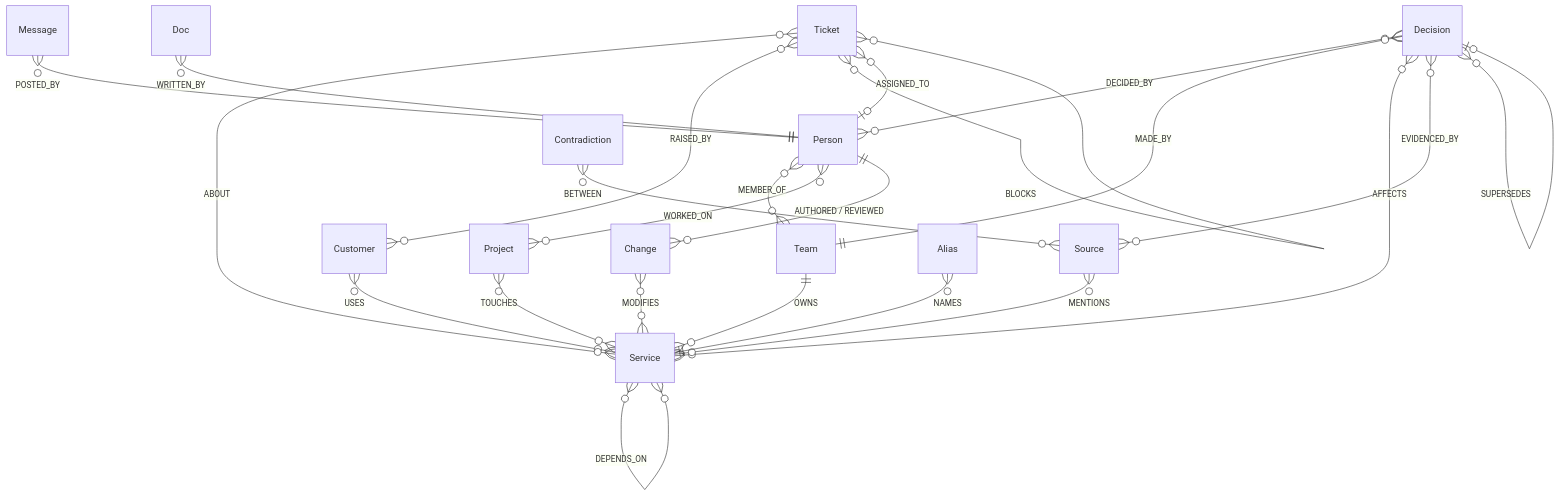
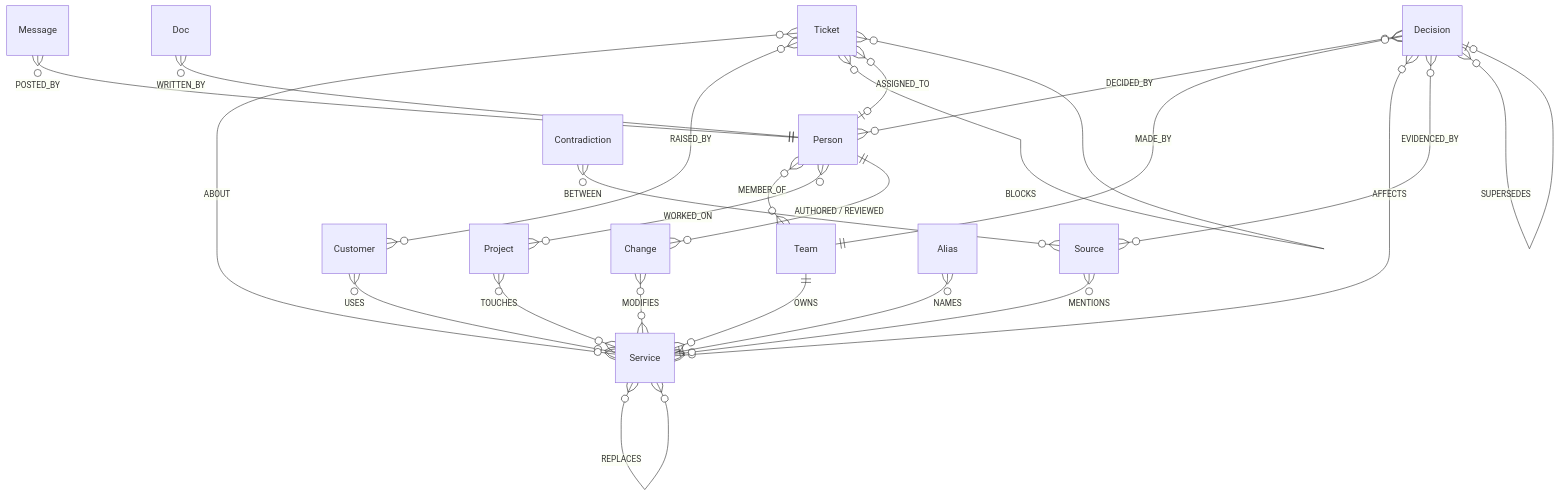
Before and after one commit to Piyush-Rawat-08/Orion: the second of 3 diagrams in docs/graph-model.md, drawn with Mermaid. The commit also changed other lines of this file and 10 other files, not shown here.

````diff
--- a/docs/graph-model.md
+++ b/docs/graph-model.md
@@ -44,25 +44,26 @@
 ```mermaid
 erDiagram
   Person }o--o{ Team : MEMBER_OF
   Team ||--o{ Service : OWNS
   Service }o--o{ Service : DEPENDS_ON
+  Service }o--o{ Service : REPLACES
   Customer }o--o{ Service : USES
   Person }o--o{ Project : WORKED_ON
   Project }o--o{ Service : TOUCHES
   Person ||--o{ Change : "AUTHORED / REVIEWED"
   Change }o--o{ Service : MODIFIES
   Ticket }o--o{ Service : ABOUT
   Ticket }o--o{ Customer : RAISED_BY
   Ticket }o--o{ Ticket : BLOCKS
   Ticket }o--o| Person : ASSIGNED_TO
   Decision }o--o{ Person : DECIDED_BY
   Decision }o--|| Team : MADE_BY
   Decision }o--o{ Service : AFFECTS
   Decision }o--o{ Source : EVIDENCED_BY
   Decision }o--o| Decision : SUPERSEDES
   Message }o--|| Person : POSTED_BY
   Doc }o--|| Person : WRITTEN_BY
   Source }o--o{ Service : MENTIONS
   Contradiction }o--o{ Source : BETWEEN
   Alias }o--|| Service : NAMES
 ```
````
